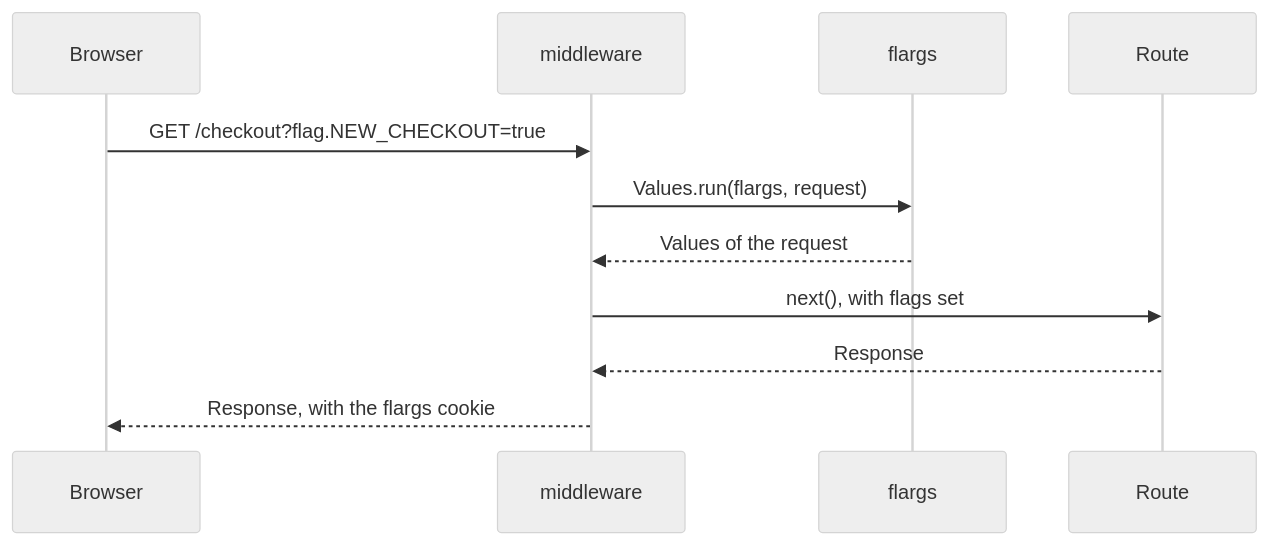
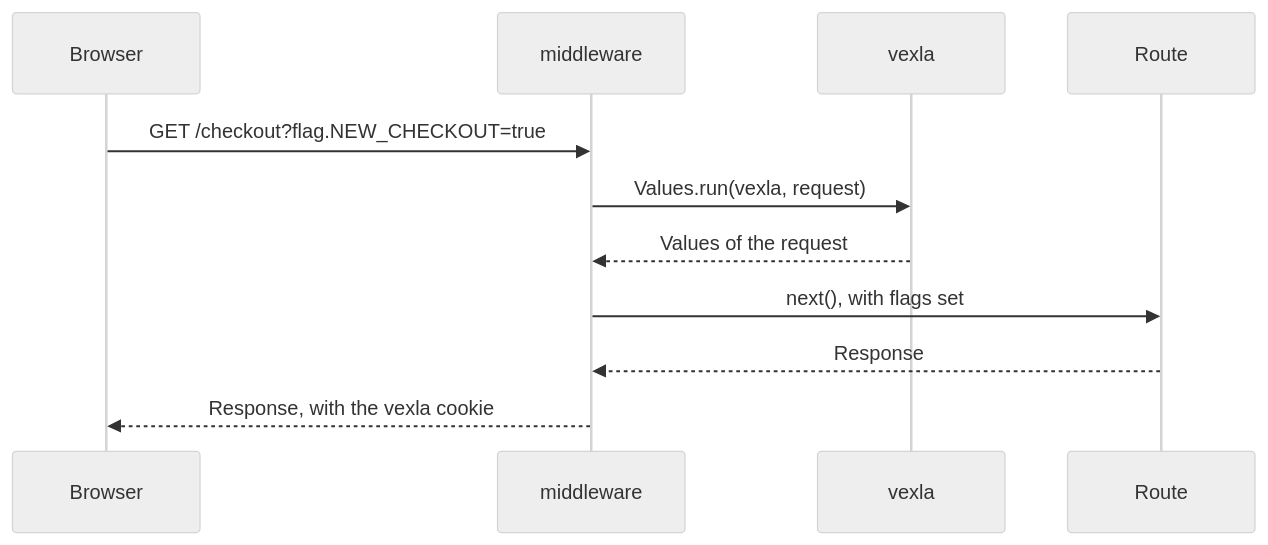
One commit to wevm/vexla changed the diagram in docs/src/pages/guides/hono.mdx. Above: the diagram before and after it, drawn with Mermaid (neutral theme). The commit also changed other lines of this file and 154 other files, not shown here.

First line of the commit message:
refactor: rename flargs to vexla

````diff
--- a/docs/src/pages/guides/hono.mdx
+++ b/docs/src/pages/guides/hono.mdx
@@ -7,14 +7,14 @@
 ```mermaid
 sequenceDiagram
   %% Requests under the flags path never reach the routes of the app.
   participant B as Browser
   participant M as middleware
-  participant R as flargs
+  participant R as vexla
   participant A as Route
   B->>M: GET /checkout?flag.NEW_CHECKOUT=true
-  M->>R: Values.run(flargs, request)
+  M->>R: Values.run(vexla, request)
   R-->>M: Values of the request
   M->>A: next(), with flags set
   A-->>M: Response
-  M-->>B: Response, with the flargs cookie
+  M-->>B: Response, with the vexla cookie
 ```
````
